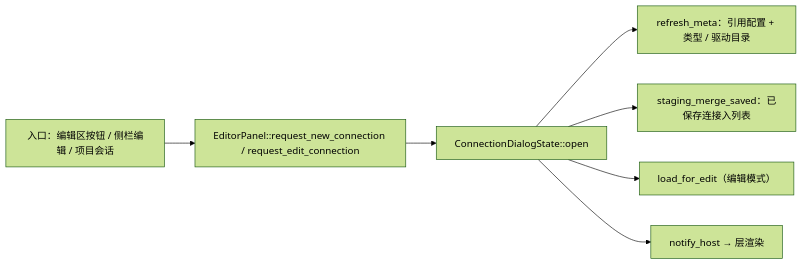
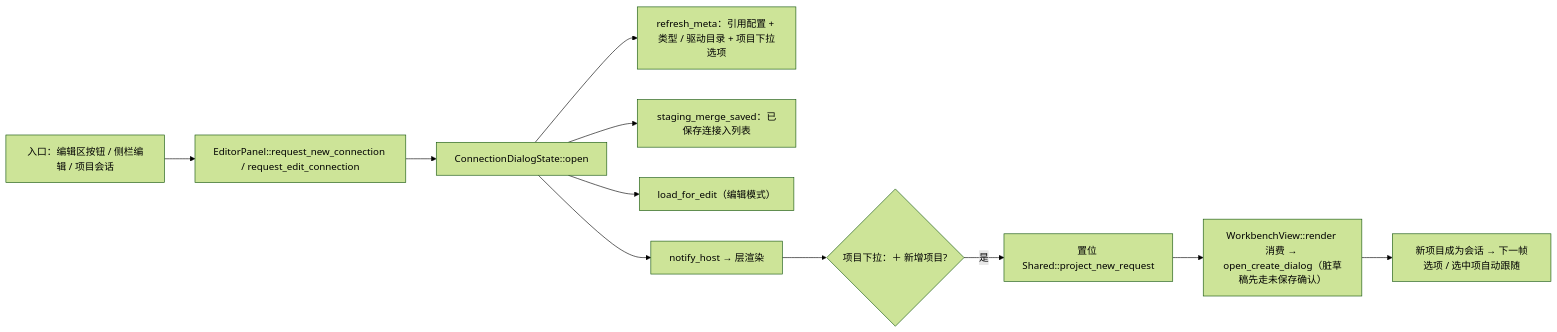
One commit to ling-love-xin/RdataStation-v2 changed the third of 8 diagrams in docs/architecture/connection/connection-dialog-architecture.md. Above: the diagram before and after it, drawn with Mermaid (forest theme). The commit also changed other lines of this file and 18 other files, not shown here.

First line of the commit message:
Refactor connection dialog project picker and UI constraints

````diff
--- a/docs/architecture/connection/connection-dialog-architecture.md
+++ b/docs/architecture/connection/connection-dialog-architecture.md
@@ -168,9 +169,13 @@
 ```mermaid
 flowchart LR
     A["入口：编辑区按钮 / 侧栏编辑 / 项目会话"] --> B["EditorPanel::request_new_connection / request_edit_connection"]
     B --> C["ConnectionDialogState::open"]
-    C --> D["refresh_meta：引用配置 + 类型 / 驱动目录"]
+    C --> D["refresh_meta：引用配置 + 类型 / 驱动目录 + 项目下拉选项"]
     C --> E["staging_merge_saved：已保存连接入列表"]
     C --> F["load_for_edit（编辑模式）"]
     C --> G["notify_host → 层渲染"]
+    G --> H{"项目下拉：＋ 新增项目?"}
+    H -->|是| I["置位 Shared::project_new_request"]
+    I --> J["WorkbenchView::render 消费 → open_create_dialog（脏草稿先走未保存确认）"]
+    J --> K["新项目成为会话 → 下一帧选项 / 选中项自动跟随"]
 ```
````
